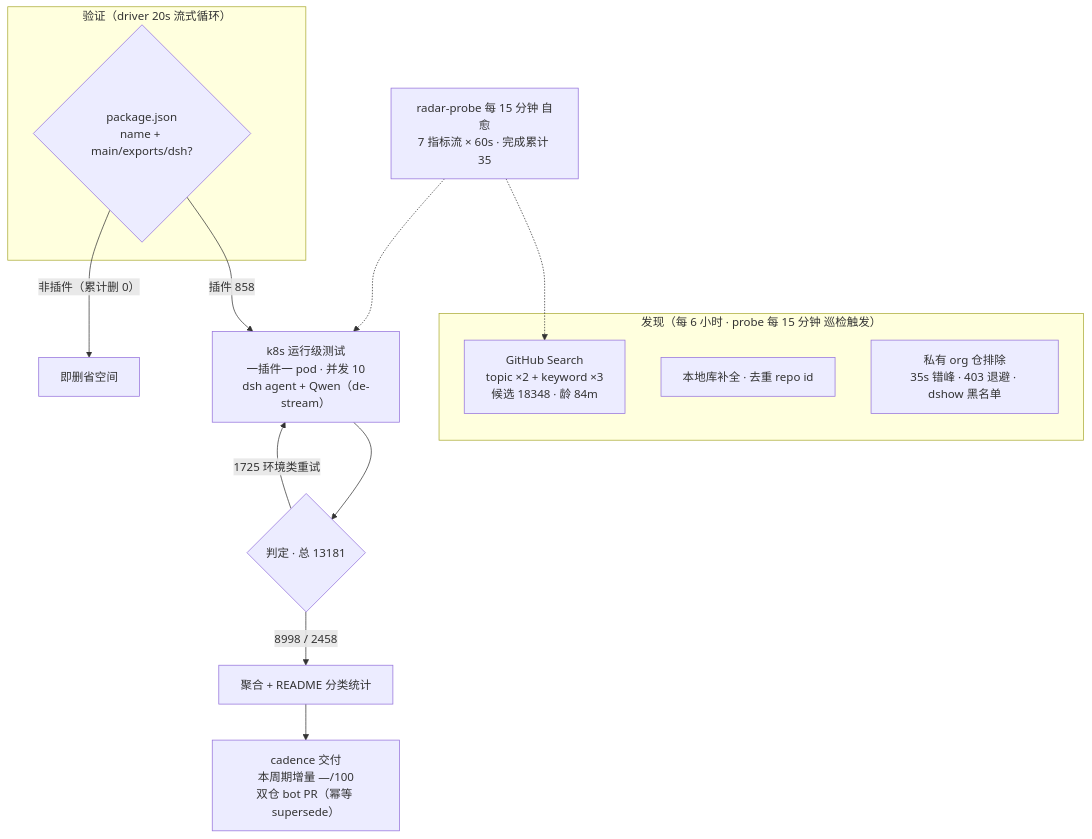
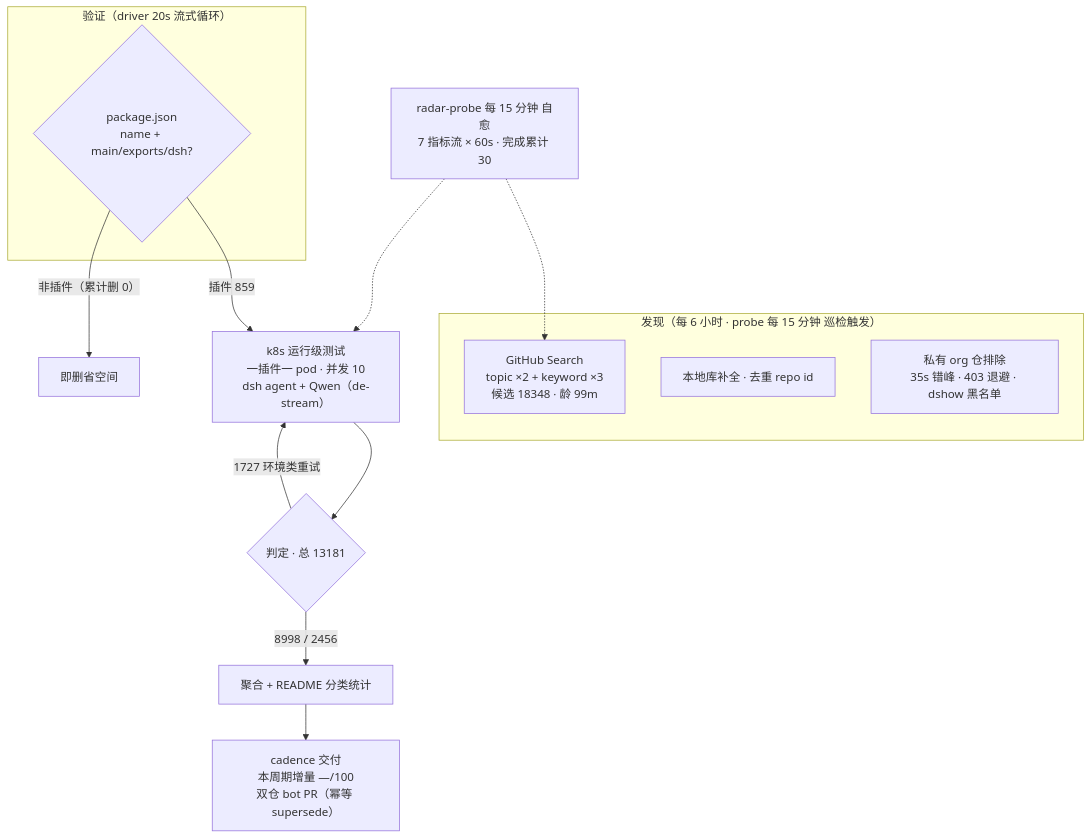
The diagram in README.md (AdamPlatin123/awesome-dsh-plugins), drawn with Mermaid before and after one commit. The commit also changed other lines of this file and 7 other files, not shown here.

````diff
--- a/README.md
+++ b/README.md
@@ -52,20 +52,20 @@
 ```mermaid
 flowchart TB
     subgraph Discovery["发现（每 6 小时 · probe 每 15 分钟 巡检触发）"]
-        A1["GitHub Search<br/>topic ×2 + keyword ×3<br/>候选 18348 · 龄 84m"]
+        A1["GitHub Search<br/>topic ×2 + keyword ×3<br/>候选 18348 · 龄 99m"]
         A2["本地库补全 · 去重 repo id"]
         A3["私有 org 仓排除<br/>35s 错峰 · 403 退避 · dshow 黑名单"]
     end
     subgraph Validation["验证（driver 20s 流式循环）"]
         B1{"package.json<br/>name + main/exports/dsh?"}
     end
-    B1 -->|"插件 858"| C1["k8s 运行级测试<br/>一插件一 pod · 并发 10<br/>dsh agent + Qwen（de-stream）"]
+    B1 -->|"插件 859"| C1["k8s 运行级测试<br/>一插件一 pod · 并发 10<br/>dsh agent + Qwen（de-stream）"]
     B1 -->|"非插件（累计删 0）"| B3["即删省空间"]
     C1 --> D1{"判定 · 总 13181"}
-    D1 -->|"8998 / 2458"| E1["聚合 + README 分类统计"]
-    D1 -->|"1725 环境类重试"| C1
+    D1 -->|"8998 / 2456"| E1["聚合 + README 分类统计"]
+    D1 -->|"1727 环境类重试"| C1
     E1 --> E2["cadence 交付<br/>本周期增量 —/100<br/>双仓 bot PR（幂等 supersede）"]
-    M["radar-probe 每 15 分钟 自愈<br/>7 指标流 × 60s · 完成累计 35"]
+    M["radar-probe 每 15 分钟 自愈<br/>7 指标流 × 60s · 完成累计 30"]
     M -.-> A1
     M -.-> C1
 ```
````
